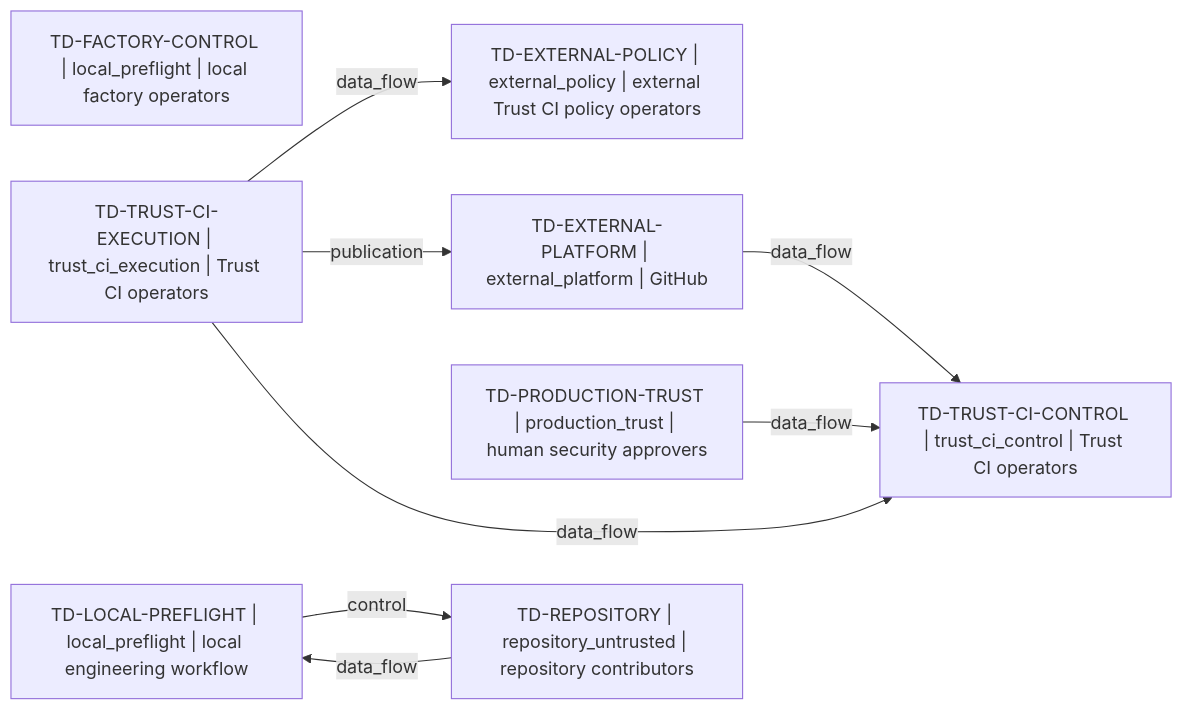
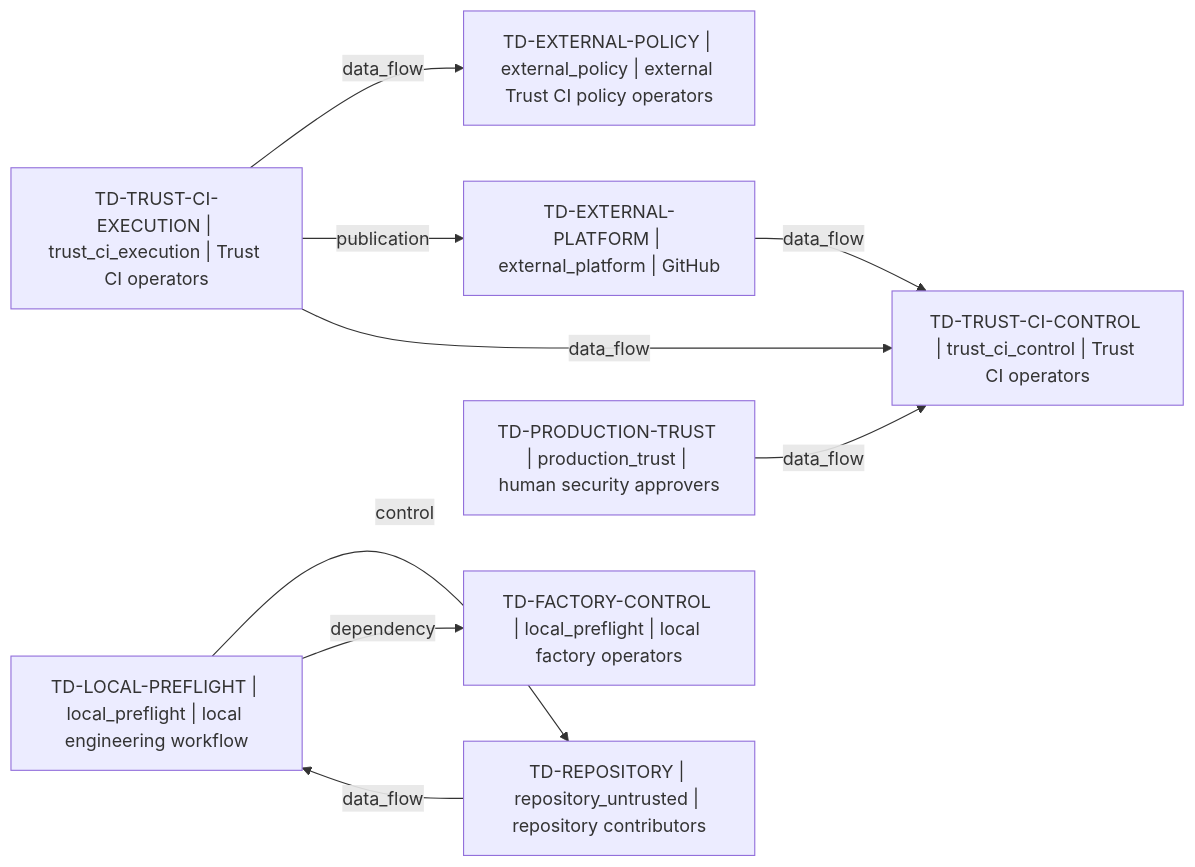
One commit to Dimkox/adaptive-grok-build-pro changed the diagram in architecture/generated/context.mmd. Above: the diagram before and after it, drawn with Mermaid. The commit also changed 17 other files, not shown here.

```diff
--- a/architecture/generated/context.mmd
+++ b/architecture/generated/context.mmd
@@ -1,16 +1,17 @@
 flowchart LR
   domain_96fb748595c57dce["TD-EXTERNAL-PLATFORM | external_platform | GitHub"]
   domain_ece8d94ff661d9fb["TD-EXTERNAL-POLICY | external_policy | external Trust CI policy operators"]
   domain_c4152908c77524f2["TD-FACTORY-CONTROL | local_preflight | local factory operators"]
   domain_fa5ae843eb45e375["TD-LOCAL-PREFLIGHT | local_preflight | local engineering workflow"]
   domain_93c532f149d3e2d5["TD-PRODUCTION-TRUST | production_trust | human security approvers"]
   domain_734c10023f9857a2["TD-REPOSITORY | repository_untrusted | repository contributors"]
   domain_7f80d82d053144ab["TD-TRUST-CI-CONTROL | trust_ci_control | Trust CI operators"]
   domain_65e7aeb3bb37c460["TD-TRUST-CI-EXECUTION | trust_ci_execution | Trust CI operators"]
   domain_734c10023f9857a2 -->|"data_flow"| domain_fa5ae843eb45e375
   domain_96fb748595c57dce -->|"data_flow"| domain_7f80d82d053144ab
   domain_93c532f149d3e2d5 -->|"data_flow"| domain_7f80d82d053144ab
   domain_fa5ae843eb45e375 -->|"control"| domain_734c10023f9857a2
   domain_65e7aeb3bb37c460 -->|"data_flow"| domain_ece8d94ff661d9fb
+  domain_fa5ae843eb45e375 -->|"dependency"| domain_c4152908c77524f2
   domain_65e7aeb3bb37c460 -->|"publication"| domain_96fb748595c57dce
   domain_65e7aeb3bb37c460 -->|"data_flow"| domain_7f80d82d053144ab
```
